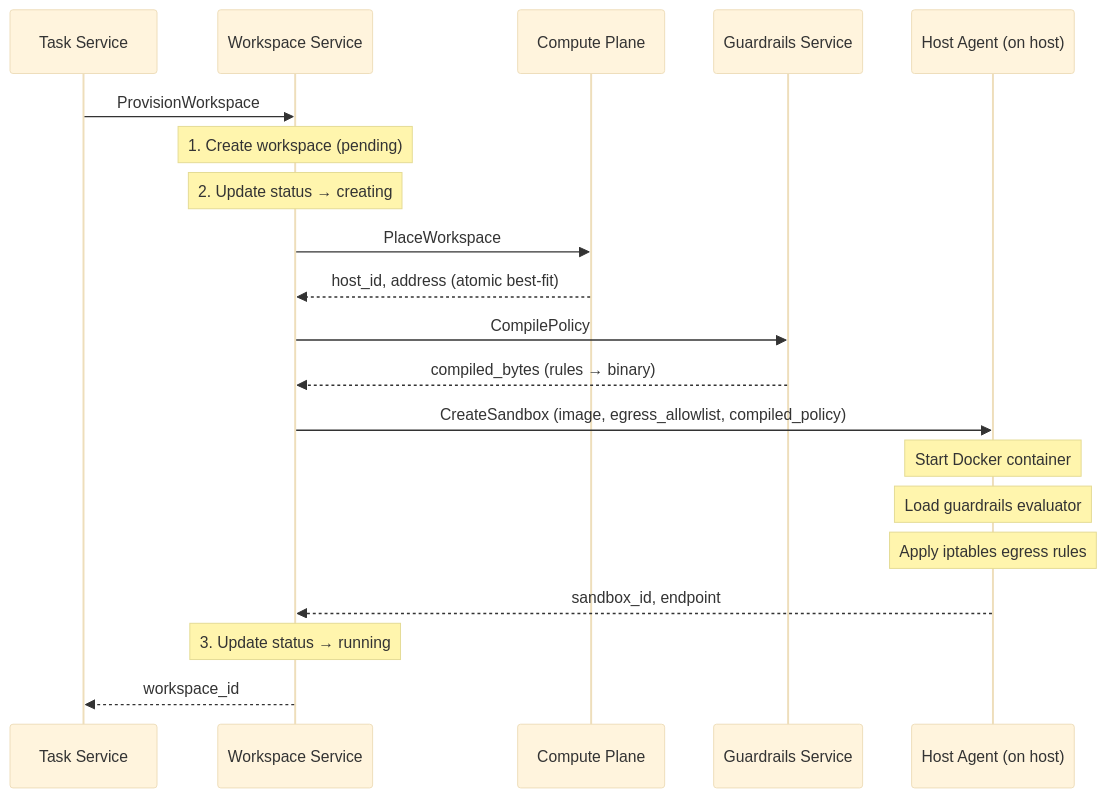
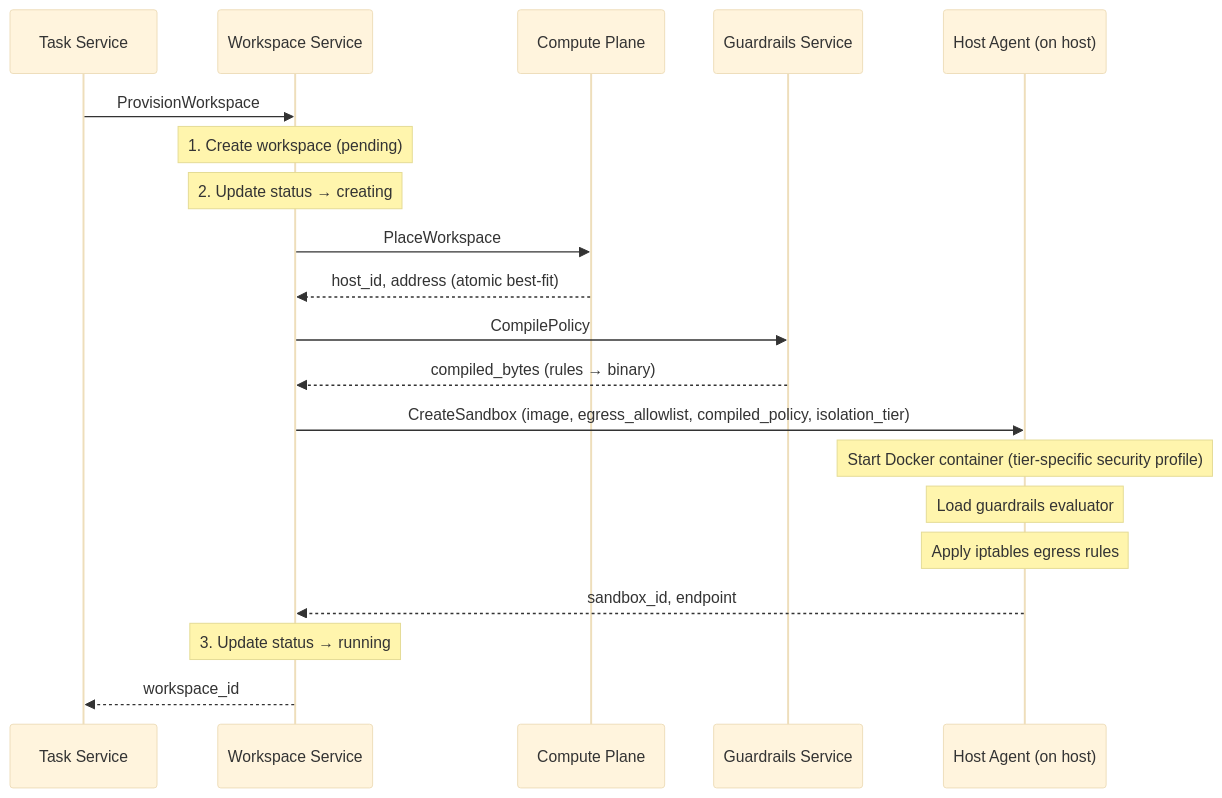
Before and after one commit to Baselyne-Systems/agent-sandbox-platform: the fourth of 5 diagrams in docs/architecture.md, drawn with Mermaid (base theme). The commit also changed other lines of this file and 27 other files, not shown here.

````diff
--- a/docs/architecture.md
+++ b/docs/architecture.md
@@ -286,27 +296,27 @@
 ```mermaid
 sequenceDiagram
     participant Task as Task Service
     participant WS as Workspace Service
     participant Compute as Compute Plane
     participant Guard as Guardrails Service
     participant HA as Host Agent (on host)
 
     Task->>WS: ProvisionWorkspace
     Note over WS: 1. Create workspace (pending)
     Note over WS: 2. Update status → creating
 
     WS->>Compute: PlaceWorkspace
     Compute-->>WS: host_id, address (atomic best-fit)
 
     WS->>Guard: CompilePolicy
     Guard-->>WS: compiled_bytes (rules → binary)
 
-    WS->>HA: CreateSandbox (image, egress_allowlist, compiled_policy)
-    Note over HA: Start Docker container
+    WS->>HA: CreateSandbox (image, egress_allowlist, compiled_policy, isolation_tier)
+    Note over HA: Start Docker container (tier-specific security profile)
     Note over HA: Load guardrails evaluator
     Note over HA: Apply iptables egress rules
     HA-->>WS: sandbox_id, endpoint
 
     Note over WS: 3. Update status → running
     WS-->>Task: workspace_id
 ```
````
